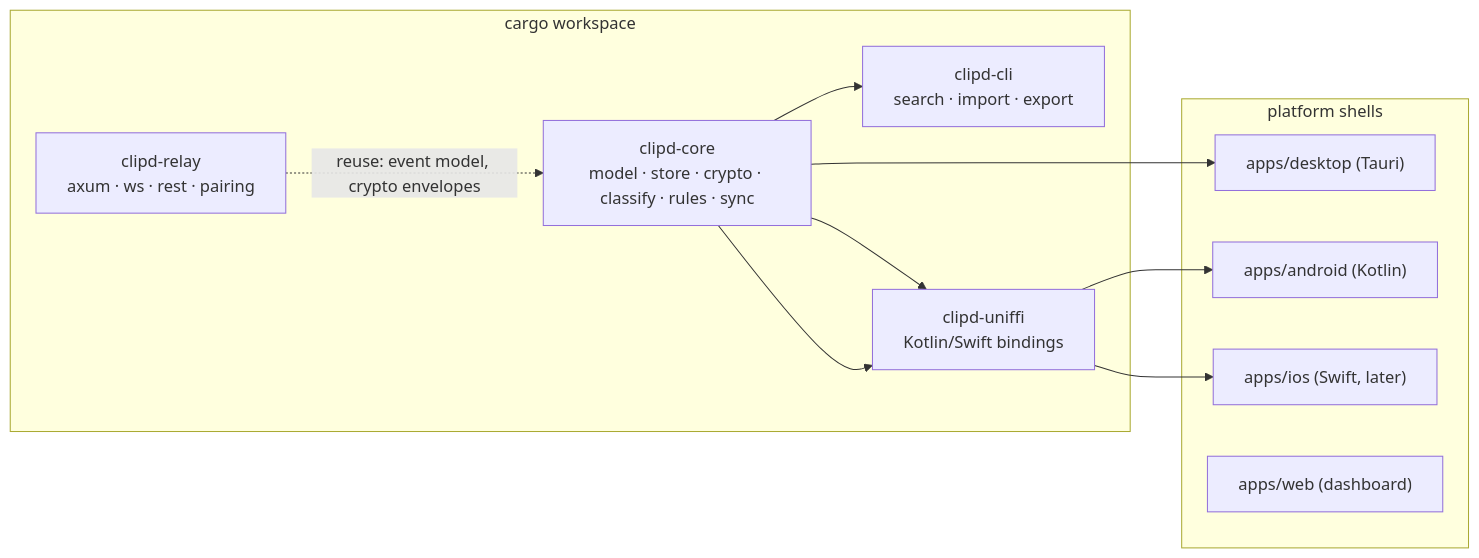
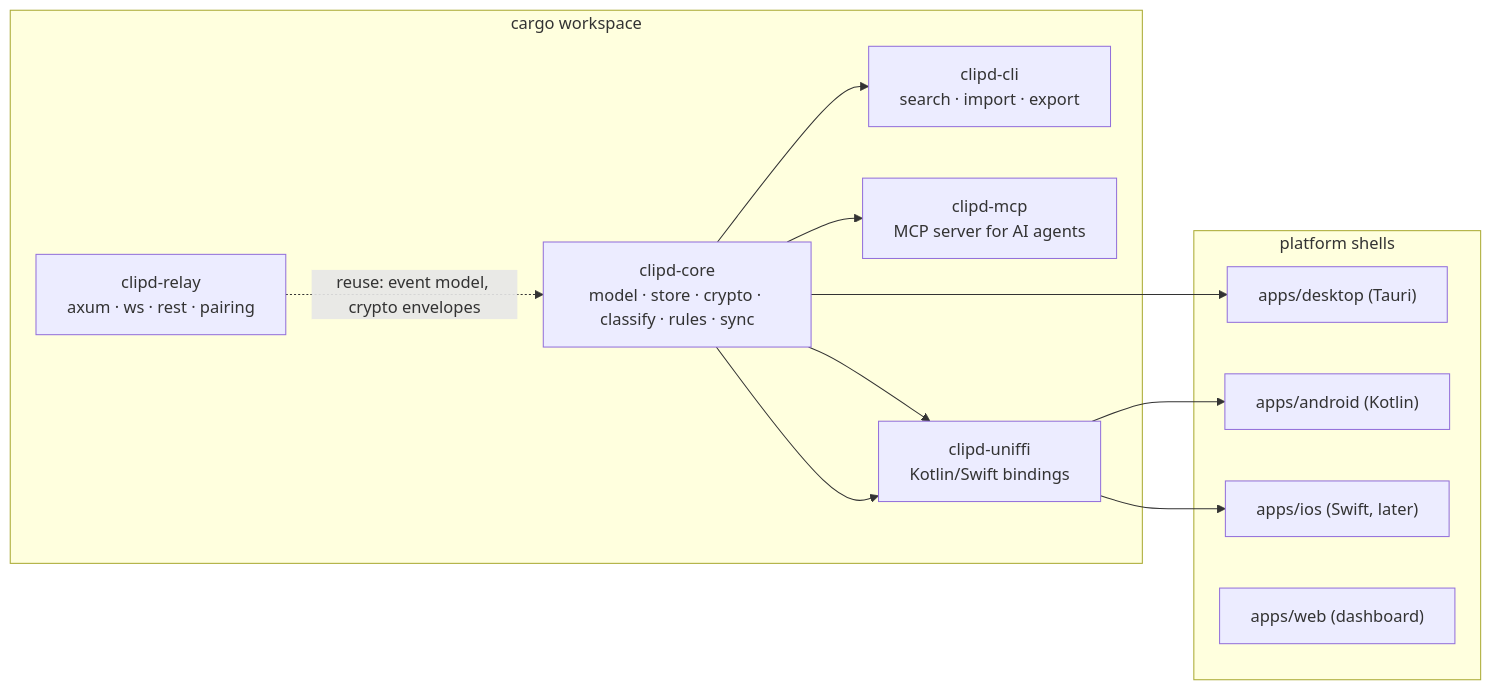
One commit to abhijitdalal26/cliptrail changed the second of 4 diagrams in docs/system-design.md. Above: the diagram before and after it, drawn with Mermaid. The commit also changed other lines of this file and 10 other files, not shown here.

First line of the commit message:
clipd-mcp: MCP stdio server over the local store

````diff
--- a/docs/system-design.md
+++ b/docs/system-design.md
@@ -44,20 +44,22 @@
 ```mermaid
 flowchart LR
     subgraph Workspace["cargo workspace"]
         CORE["clipd-core<br/>model · store · crypto · classify · rules · sync"]
         RELAY["clipd-relay<br/>axum · ws · rest · pairing"]
         CLI["clipd-cli<br/>search · import · export"]
+        MCP["clipd-mcp<br/>MCP server for AI agents"]
         UFFI["clipd-uniffi<br/>Kotlin/Swift bindings"]
     end
     subgraph Shells["platform shells"]
         DESK["apps/desktop (Tauri)"]
         AND["apps/android (Kotlin)"]
         IOS["apps/ios (Swift, later)"]
         WEB2["apps/web (dashboard)"]
     end
     CORE --> UFFI --> AND
     CORE --> UFFI --> IOS
     CORE --> DESK
     CORE --> CLI
+    CORE --> MCP
     RELAY -.->|"reuse: event model, crypto envelopes"| CORE
 ```
````
